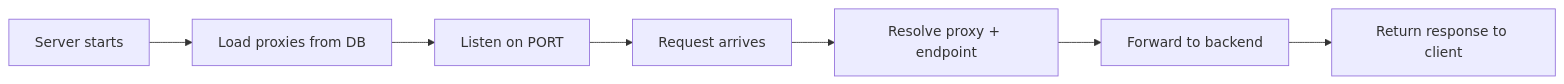
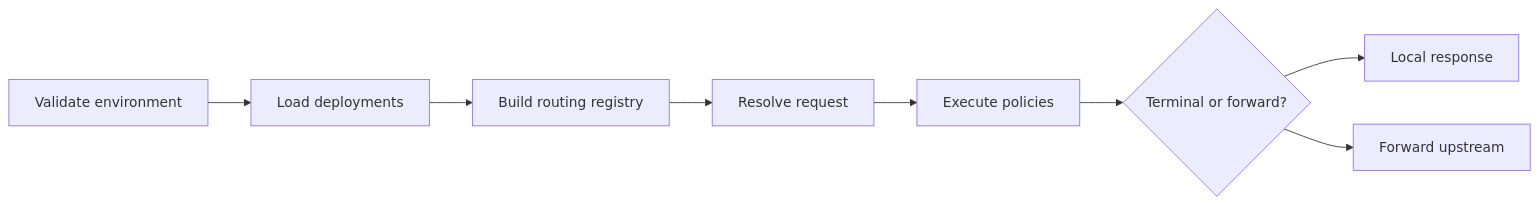
One commit to c4rl0s04/api-gateway-platform changed the diagram in docs/03-packages/gateway-core.md. Above: the diagram before and after it, drawn with Mermaid. The commit also changed other lines of this file and 93 other files, not shown here.

Commit message:
docs(platform): document architecture authentication and operations

````diff
--- a/docs/03-packages/gateway-core.md
+++ b/docs/03-packages/gateway-core.md
@@ -63,9 +45,10 @@
 ```mermaid
-graph LR
-    START["Server starts"] --> LOAD["Load proxies from DB"]
-    LOAD --> LISTEN["Listen on PORT"]
-    LISTEN --> REQ["Request arrives"]
-    REQ --> RESOLVE["Resolve proxy + endpoint"]
-    RESOLVE --> FWD["Forward to backend"]
-    FWD --> RES["Return response to client"]
+flowchart LR
+    ENV["Validate environment"] --> LOAD["Load deployments"]
+    LOAD --> REGISTRY["Build routing registry"]
+    REGISTRY --> REQUEST["Resolve request"]
+    REQUEST --> PIPELINE["Execute policies"]
+    PIPELINE --> RESULT{"Terminal or forward?"}
+    RESULT --> LOCAL["Local response"]
+    RESULT --> FORWARD["Forward upstream"]
 ```
````
